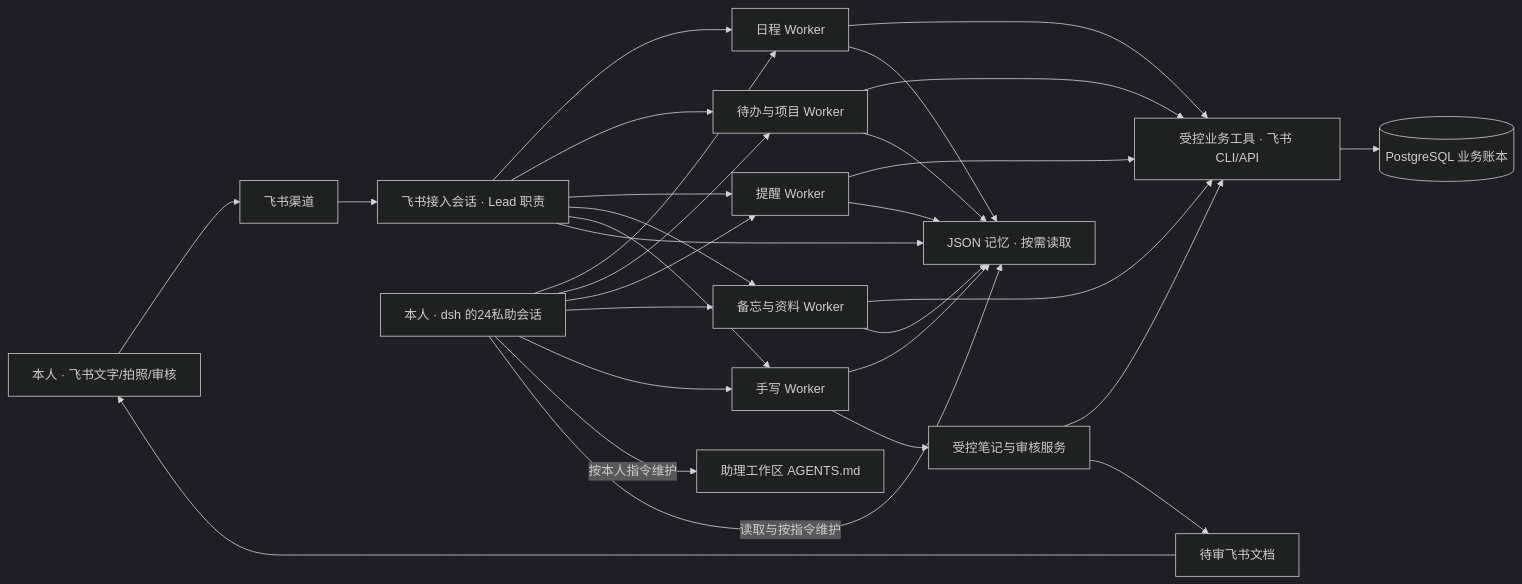
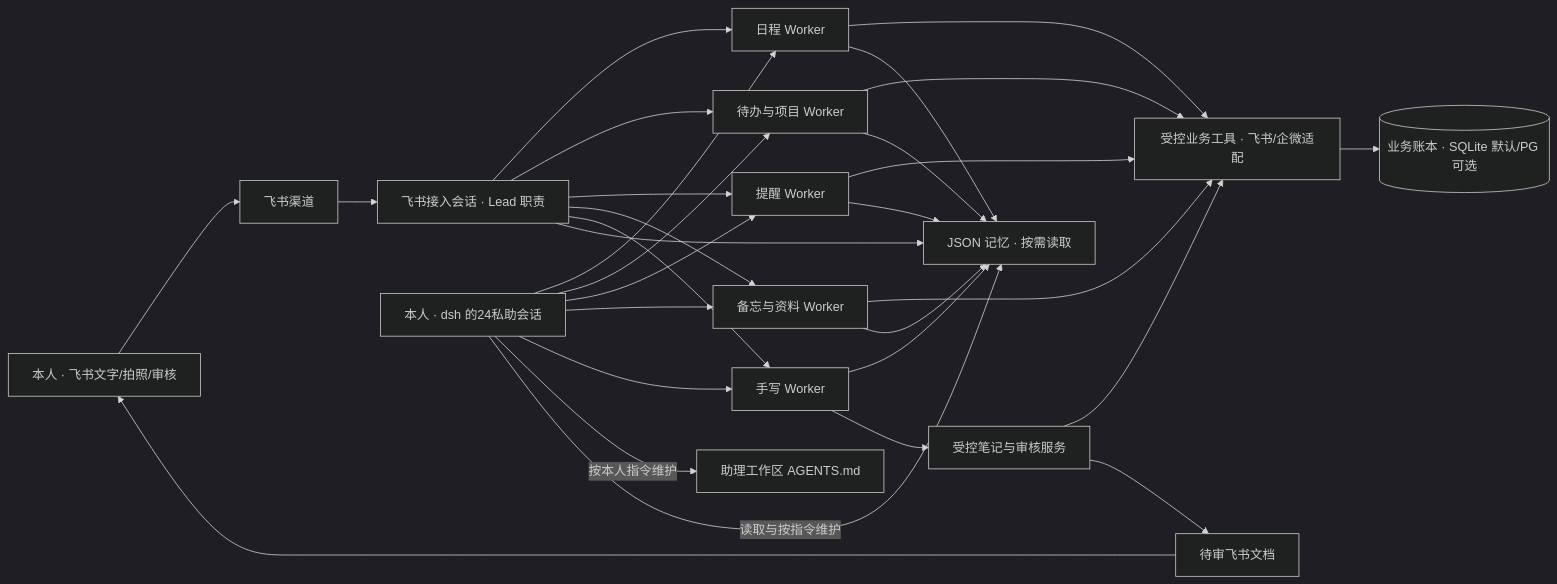
One commit to benz-ai-x/dsh-24-PA changed the diagram in docs/24PA-整体设计方案.md. Above: the diagram before and after it, drawn with Mermaid (dark theme). The commit also changed other lines of this file and 22 other files, not shown here.

````diff
--- a/docs/24PA-整体设计方案.md
+++ b/docs/24PA-整体设计方案.md
@@ -28,20 +28,20 @@
 ```mermaid
 flowchart LR
   U[本人 · 飞书文字/拍照/审核] --> F[飞书渠道]
   F --> L[飞书接入会话 · Lead 职责]
   W[本人 · dsh 的24私助会话] --> C[日程 Worker]
   L --> C
   L & W --> T[待办与项目 Worker]
   L & W --> R[提醒 Worker]
   L & W --> M[备忘与资料 Worker]
   L & W --> H[手写 Worker]
-  C & T & R & M --> B[受控业务工具 · 飞书 CLI/API]
-  B --> P[(PostgreSQL 业务账本)]
+  C & T & R & M --> B[受控业务工具 · 飞书/企微适配]
+  B --> P[(业务账本 · SQLite 默认/PG 可选)]
   L & C & T & R & M & H --> K[JSON 记忆 · 按需读取]
   W -->|按本人指令维护| A[助理工作区 AGENTS.md]
   W -->|读取与按指令维护| K
   H --> N[受控笔记与审核服务]
   N --> B
   N --> D[待审飞书文档]
   D --> U
 ```
````
